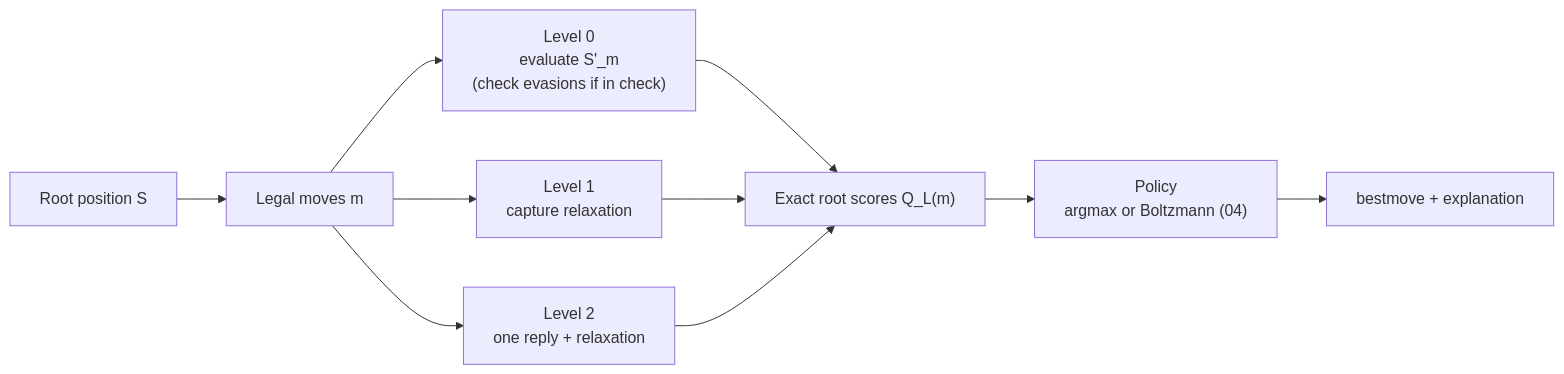
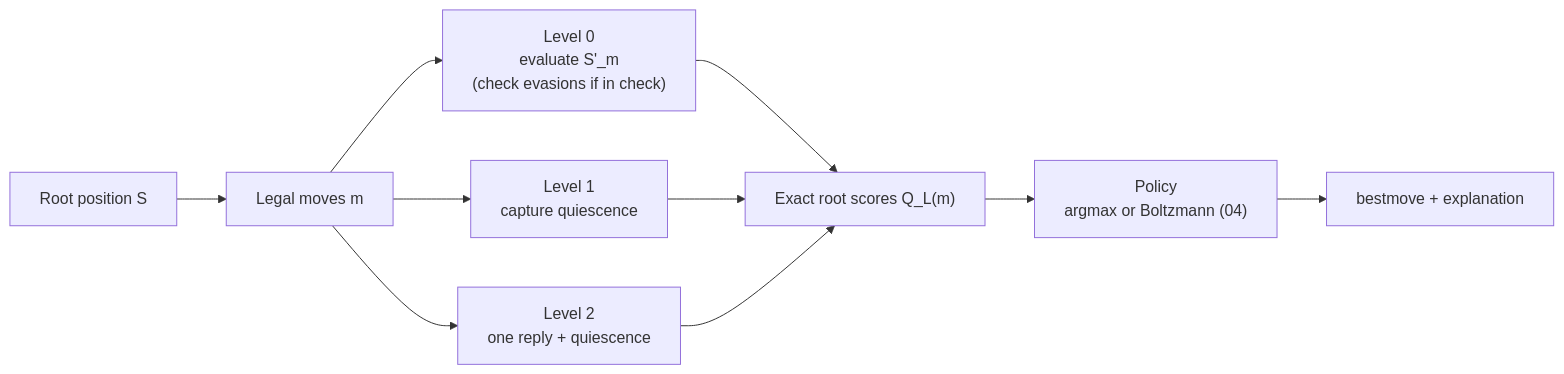
One commit to sr2echa/Nabla changed the diagram in docs/design/03-move-selection.md. Above: the diagram before and after it, drawn with Mermaid.

Commit message:
fixup! docs(design): revise the specification to v0.2 after the audits

````diff
--- a/docs/design/03-move-selection.md
+++ b/docs/design/03-move-selection.md
@@ -19,12 +19,12 @@
 ```mermaid
 flowchart LR
     S["Root position S"] --> M["Legal moves m"]
     M --> L0["Level 0<br/>evaluate S'_m<br/>(check evasions if in check)"]
-    M --> L1["Level 1<br/>capture relaxation"]
-    M --> L2["Level 2<br/>one reply + relaxation"]
+    M --> L1["Level 1<br/>capture quiescence"]
+    M --> L2["Level 2<br/>one reply + quiescence"]
     L0 --> Q["Exact root scores Q_L(m)"]
     L1 --> Q
     L2 --> Q
     Q --> P["Policy<br/>argmax or Boltzmann (04)"]
     P --> B["bestmove + explanation"]
 ```
````
